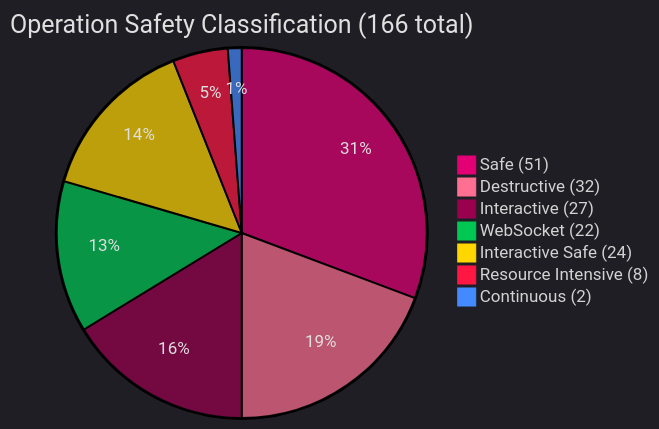
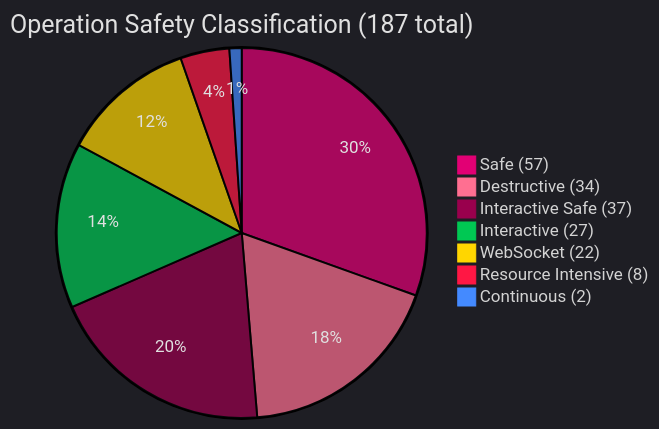
One commit to jmorrison-juniper/MistHelper changed the first of 5 diagrams in documentation/diagrams/operations/metrics-and-analytics.md. Above: the diagram before and after it, drawn with Mermaid. The commit also changed other lines of this file and 3 other files, not shown here.

First line of the commit message:
chore(docs): update diagram suite for 187-op count and new destructive range

````diff
--- a/documentation/diagrams/operations/metrics-and-analytics.md
+++ b/documentation/diagrams/operations/metrics-and-analytics.md
@@ -11,28 +11,28 @@
 ```mermaid
 %%{init: {'theme': 'dark', 'themeVariables': {
   'primaryColor': '#E20074',
   'primaryTextColor': '#E0E0E0',
   'primaryBorderColor': '#99004D',
   'lineColor': '#FF4DA6',
   'secondaryColor': '#16213E',
   'tertiaryColor': '#1A1A2E',
   'pie1': '#E20074',
   'pie2': '#FF6F91',
   'pie3': '#99004D',
   'pie4': '#00C853',
   'pie5': '#FFD600',
   'pie6': '#FF1744',
   'pie7': '#448AFF',
   'pie8': '#A0A0B0',
   'pieTitleTextColor': '#E0E0E0',
   'pieSectionTextColor': '#E0E0E0'
 }, 'pie': {'textPosition': 0.75}}}%%
-pie title Operation Safety Classification (166 total)
-    "Safe (51)" : 51
-    "Destructive (32)" : 32
+pie title Operation Safety Classification (187 total)
+    "Safe (57)" : 57
+    "Destructive (34)" : 34
+    "Interactive Safe (37)" : 37
     "Interactive (27)" : 27
     "WebSocket (22)" : 22
-    "Interactive Safe (24)" : 24
     "Resource Intensive (8)" : 8
     "Continuous (2)" : 2
 ```
````
